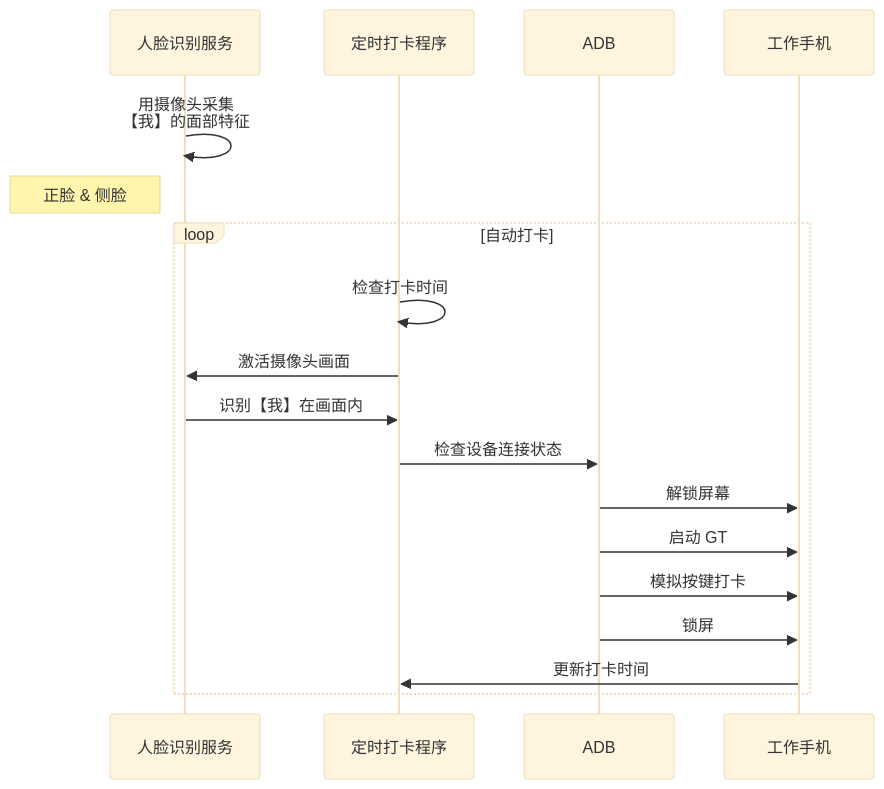
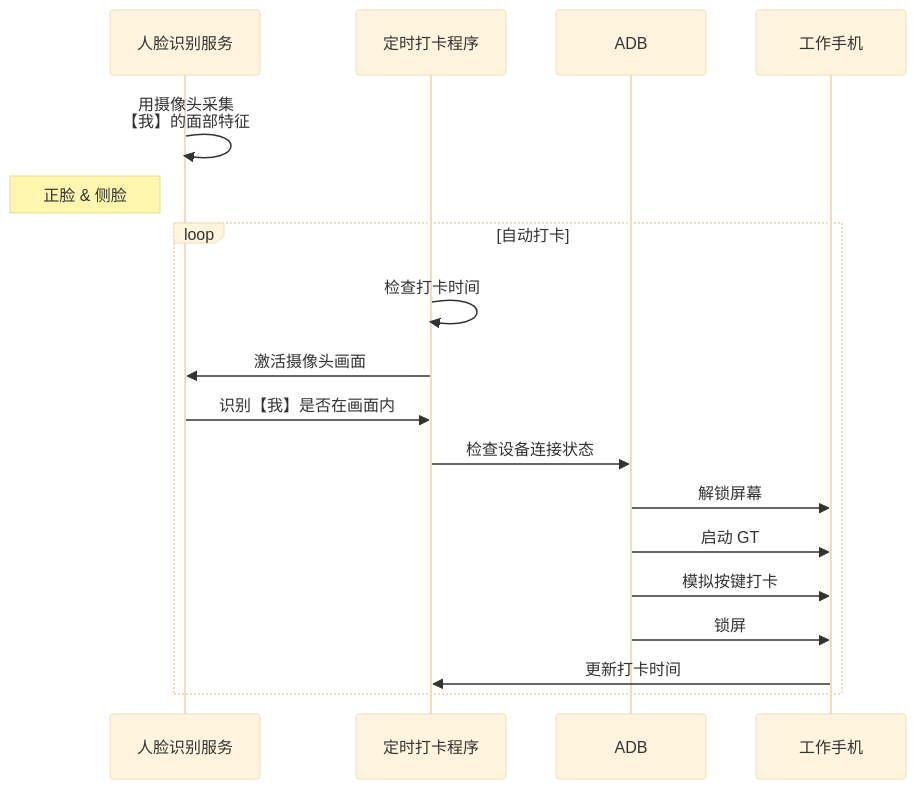
One commit to Visuals-AI/AI-auto-checkin changed the diagram in docs/我用AI+GT做了一个全自动打卡机.md. Above: the diagram before and after it, drawn with Mermaid (base theme).

````diff
--- a/docs/我用AI+GT做了一个全自动打卡机.md
+++ b/docs/我用AI+GT做了一个全自动打卡机.md
@@ -79,20 +79,20 @@
 ```mermaid
 sequenceDiagram
     participant 人脸识别服务
     participant 定时打卡程序
     participant ADB
     participant 工作手机
     人脸识别服务->>人脸识别服务: 用摄像头采集<br/>【我】的面部特征
     Note left of 人脸识别服务: 正脸 & 侧脸
     loop 自动打卡
         定时打卡程序->>定时打卡程序: 检查打卡时间
         定时打卡程序->>人脸识别服务: 激活摄像头画面
-        人脸识别服务->>定时打卡程序: 识别【我】在画面内
+        人脸识别服务->>定时打卡程序: 识别【我】是否在画面内
         定时打卡程序->>ADB: 检查设备连接状态
         ADB->>工作手机: 解锁屏幕
         ADB->>工作手机: 启动 GT
         ADB->>工作手机: 模拟按键打卡
         ADB->>工作手机: 锁屏
         工作手机->>定时打卡程序: 更新打卡时间
     end
 ```
````
